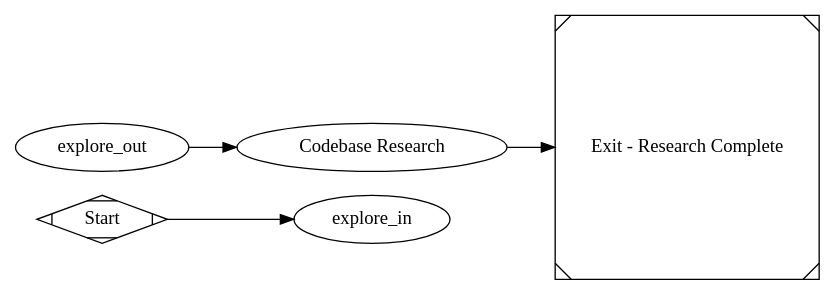
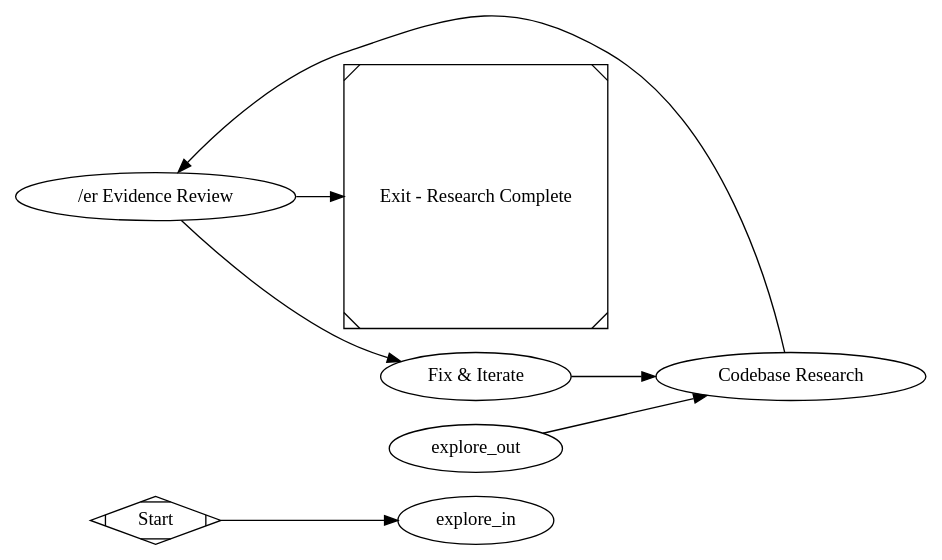
One commit to jleechanorg/dark-factory changed the diagram in pipelines/slim/minimal_research.dot. Above: the diagram before and after it, drawn with Graphviz. The commit also changed 21 other files, not shown here.

```diff
--- a/pipelines/slim/minimal_research.dot
+++ b/pipelines/slim/minimal_research.dot
@@ -1,26 +1,51 @@
 digraph MinimalResearchFactory {
   graph [
     include="@pipelines/_base.dot",
     goal="Investigate the codebase and produce detailed research findings for a goal"
     rankdir=LR
     model_stylesheet="minimal_feature.model.css"
   ]
 
   start [shape=Mdiamond, label="Start"]
   exit  [shape=Msquare, label="Exit - Research Complete"]
 
   // _base.dot provides: explore_in, explore_fanout, explore_{concept,auth,
   // reuse,risks}, explore_join, explore_out.
 
   // Research rides the coder backend (no class → run-level --backend),
   // same convention as minimal_pr.dot's research node.
   research [
     type="codergen",
     label="Codebase Research",
     prompt="@prompts/slim/research.md"
   ]
 
   start -> explore_in
   explore_out -> research
-  research -> exit
+  // Research is a code-producing node; on non-success, loop back to the
+  // explore stage (bounded by the explore fan-in's max_visits semantics in
+  // _base.dot) rather than exit unreviewed (G1: research findings must
+  // pass through the explore refine cycle before the run terminates).
+  // Evidence review at the lane boundary: research findings must pass a
+  // gate_er before the run terminates (factory-evolve G1). On a non-success
+  // verdict the fix prompt iterates the research artifact (bounded by
+  // fix.max_visits).
+  gate_er [
+    type="gate_er",
+    label="/er Evidence Review",
+    timeout=600
+  ]
+  fix [
+    type="codergen",
+    label="Fix & Iterate",
+    class="fix",
+    prompt="@prompts/slim/fix.md",
+    max_visits="3",
+    timeout=600
+  ]
+
+  research -> gate_er
+  gate_er -> exit   [condition="outcome=success"]
+  gate_er -> fix    [condition="outcome!=success"]
+  fix -> research
 }
```
